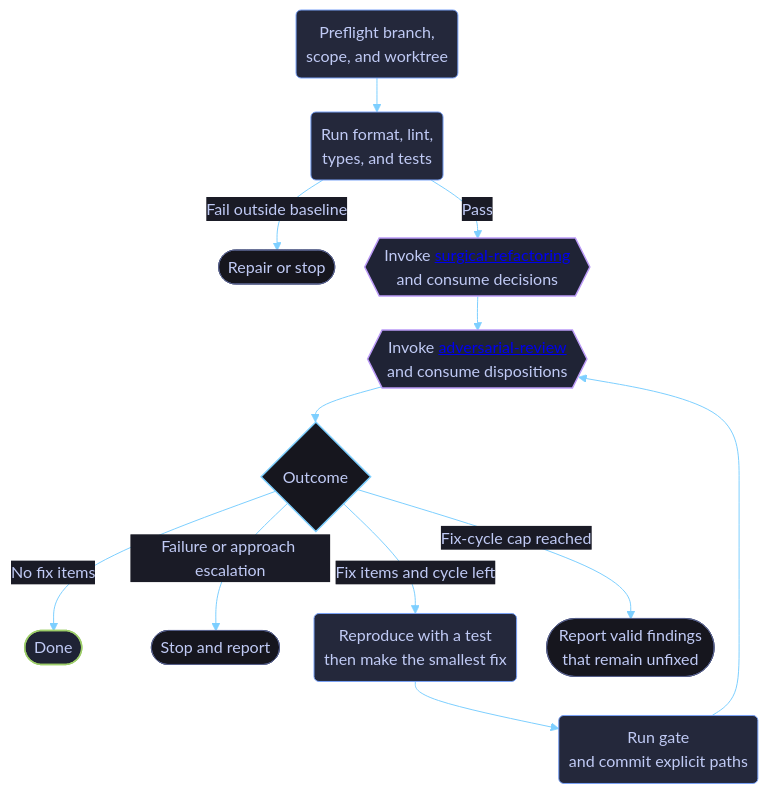
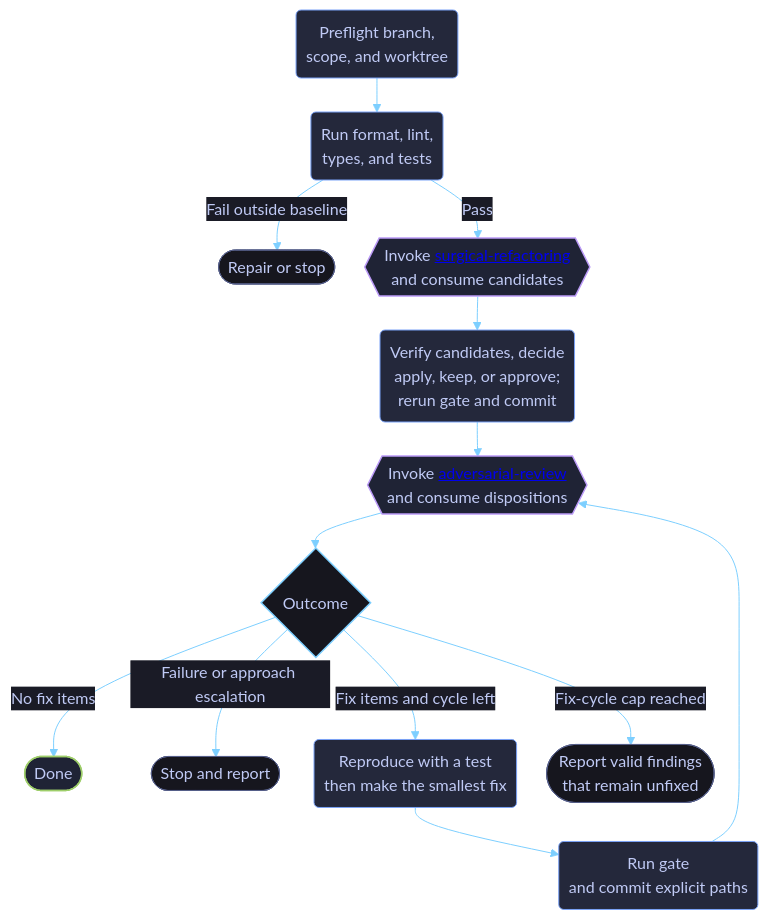
Before and after one commit to dvo-dev/copilot-guidance: the diagram in docs/skill-workflows/review-fix-loop.md, drawn with Mermaid. The commit also changed other lines of this file and 3 other files, not shown here.

````diff
--- a/docs/skill-workflows/review-fix-loop.md
+++ b/docs/skill-workflows/review-fix-loop.md
@@ -20,27 +20,28 @@
 ```mermaid
 %%{init: {"theme":"base","themeVariables":{"background":"#1a1b26","primaryColor":"#24283b","primaryTextColor":"#c0caf5","primaryBorderColor":"#7aa2f7","secondaryColor":"#1f2335","secondaryTextColor":"#c0caf5","secondaryBorderColor":"#bb9af7","tertiaryColor":"#16161e","tertiaryTextColor":"#c0caf5","tertiaryBorderColor":"#7dcfff","lineColor":"#7dcfff","textColor":"#c0caf5","mainBkg":"#24283b","nodeBorder":"#7aa2f7","clusterBkg":"#16161e","clusterBorder":"#565f89","defaultLinkColor":"#7dcfff","edgeLabelBackground":"#1a1b26","titleColor":"#bb9af7","fontFamily":"ui-monospace, SFMono-Regular, Menlo, Monaco, Consolas, Liberation Mono, monospace"},"flowchart":{"curve":"basis","htmlLabels":true,"nodeSpacing":30,"rankSpacing":34,"padding":10}}}%%
 flowchart TD
     A("Preflight branch,<br/>scope, and worktree") --> B("Run format, lint,<br/>types, and tests")
     B -->|Fail outside baseline| C(["Repair or stop"])
-    B -->|Pass| E{{"Invoke <a href='https://github.com/dvo-dev/copilot-guidance/blob/main/docs/skill-workflows/surgical-refactoring.md'>surgical-refactoring</a><br/>and consume decisions"}}
-    E --> G{{"Invoke <a href='https://github.com/dvo-dev/copilot-guidance/blob/main/docs/skill-workflows/adversarial-review.md'>adversarial-review</a><br/>and consume dispositions"}}
+    B -->|Pass| E{{"Invoke <a href='https://github.com/dvo-dev/copilot-guidance/blob/main/docs/skill-workflows/surgical-refactoring.md'>surgical-refactoring</a><br/>and consume candidates"}}
+    E --> F("Verify candidates, decide<br/>apply, keep, or approve;<br/>rerun gate and commit")
+    F --> G{{"Invoke <a href='https://github.com/dvo-dev/copilot-guidance/blob/main/docs/skill-workflows/adversarial-review.md'>adversarial-review</a><br/>and consume dispositions"}}
     G --> H{"Outcome"}
     H -->|No fix items| I(["Done"])
     H -->|Failure or approach escalation| J(["Stop and report"])
     H -->|Fix items and cycle left| K("Reproduce with a test<br/>then make the smallest fix")
     K --> L("Run gate<br/>and commit explicit paths")
     L --> G
     H -->|Fix-cycle cap reached| M(["Report valid findings<br/>that remain unfixed"])
 
     classDef stage fill:#24283b,stroke:#7aa2f7,stroke-width:1px,color:#c0caf5;
     classDef delegated fill:#1f2335,stroke:#bb9af7,stroke-width:1.5px,color:#c0caf5;
     classDef outcome fill:#1f2335,stroke:#9ece6a,stroke-width:1.5px,color:#c0caf5;
     classDef terminal fill:#16161e,stroke:#565f89,stroke-width:1px,color:#c0caf5;
     classDef decision fill:#16161e,stroke:#7dcfff,stroke-width:1.5px,color:#c0caf5;
-    class A,B,K,L stage;
+    class A,B,F,K,L stage;
     class E,G delegated;
     class I outcome;
     class C,J,M terminal;
     class H decision;
 
 ```
````
